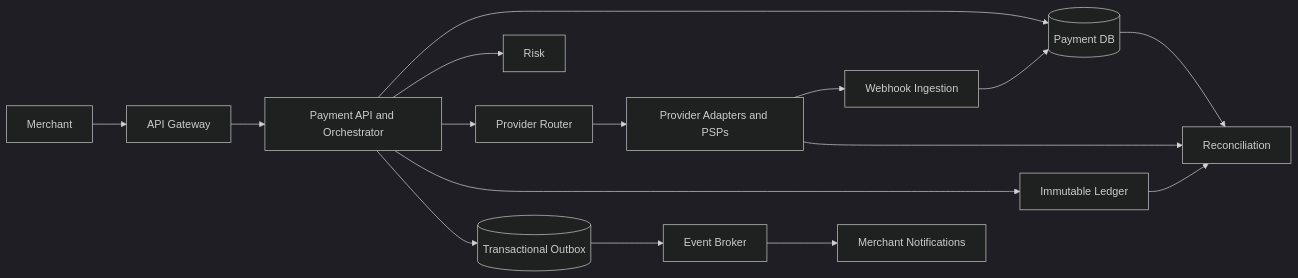
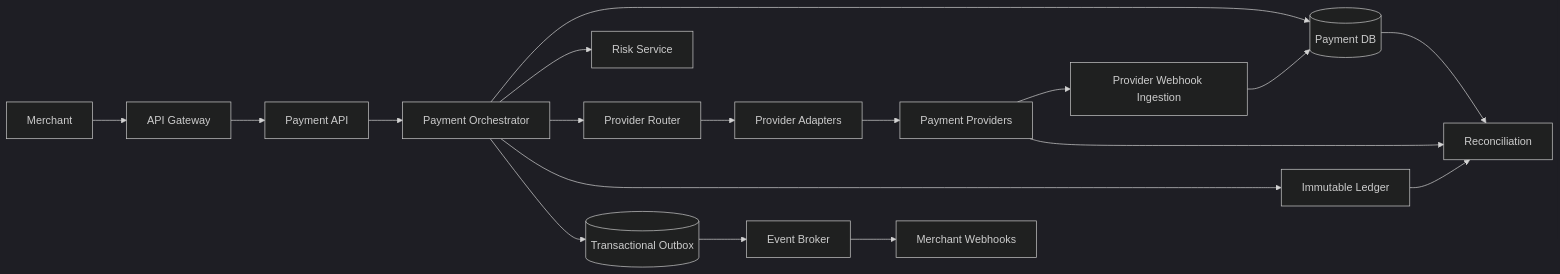
Before and after one commit to AvadhBhalodiya/Interview-Preparation: the second of 6 diagrams in src/content/system-design/payment-system.md, drawn with Mermaid (dark theme). The commit also changed other lines of this file and 54 other files, not shown here.

````diff
--- a/src/content/system-design/payment-system.md
+++ b/src/content/system-design/payment-system.md
@@ -193,18 +144,24 @@
 ```mermaid
 flowchart LR
-    Merchant --> Gateway[API Gateway]
-    Gateway --> API[Payment API and Orchestrator]
-    API --> PaymentDB[(Payment DB)]
-    API --> Risk[Risk]
-    API --> Router[Provider Router]
-    Router --> Providers[Provider Adapters and PSPs]
-    API --> Ledger[Immutable Ledger]
-    API --> Outbox[(Transactional Outbox)]
-    Outbox --> Events[Event Broker]
-    Providers --> Webhooks[Webhook Ingestion]
-    Webhooks --> PaymentDB
-    Events --> Notifications[Merchant Notifications]
-    Providers --> Reconciliation[Reconciliation]
-    PaymentDB --> Reconciliation
-    Ledger --> Reconciliation
+    M[Merchant] --> G[API Gateway]
+    G --> API[Payment API]
+    API --> O[Payment Orchestrator]
+
+    O --> DB[(Payment DB)]
+    O --> Risk[Risk Service]
+    O --> Router[Provider Router]
+    Router --> A[Provider Adapters]
+    A --> PSP[Payment Providers]
+
+    O --> Ledger[Immutable Ledger]
+    O --> Outbox[(Transactional Outbox)]
+    Outbox --> Broker[Event Broker]
+    Broker --> Notify[Merchant Webhooks]
+
+    PSP --> WH[Provider Webhook Ingestion]
+    WH --> DB
+
+    PSP --> Rec[Reconciliation]
+    DB --> Rec
+    Ledger --> Rec
 ```
````
